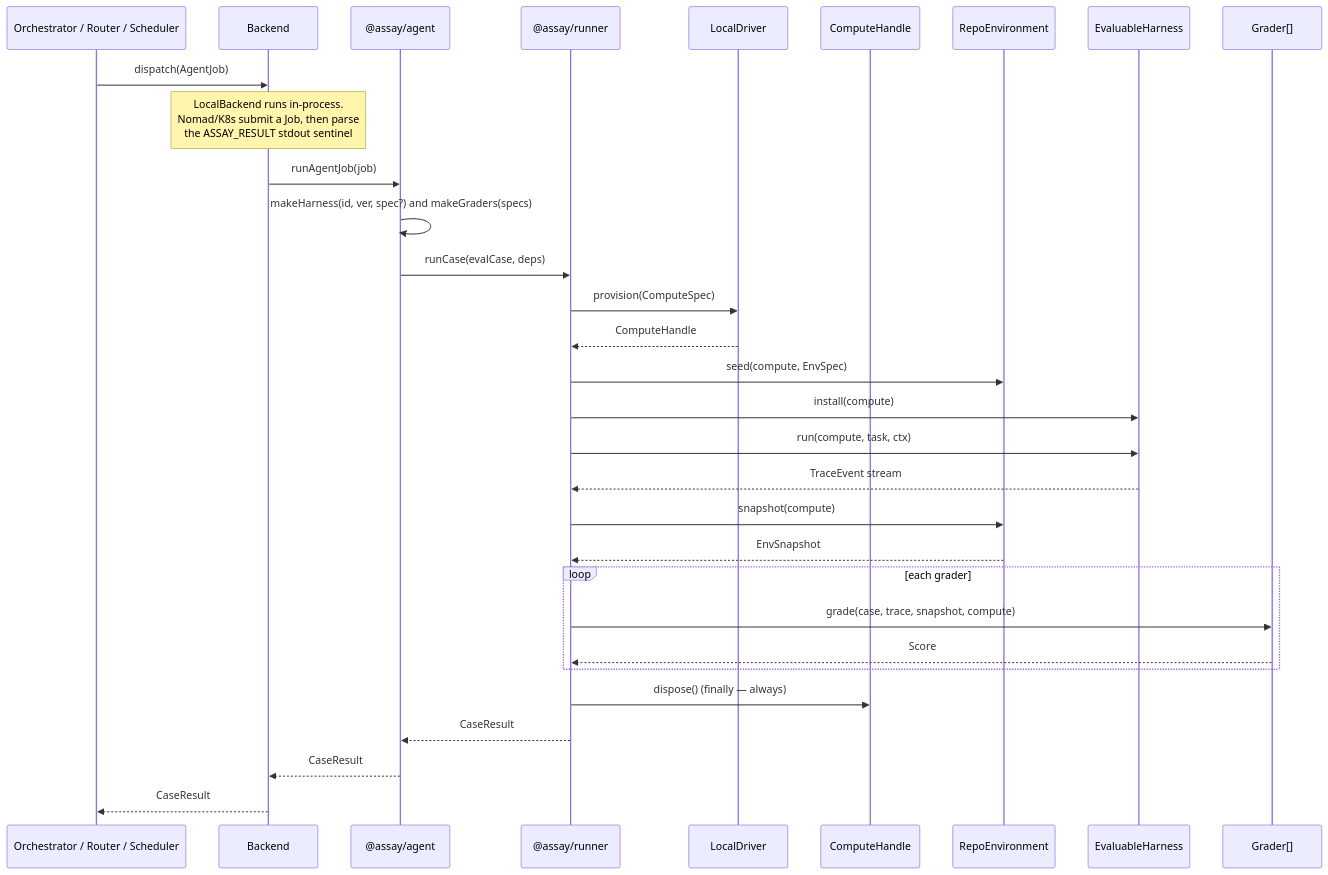
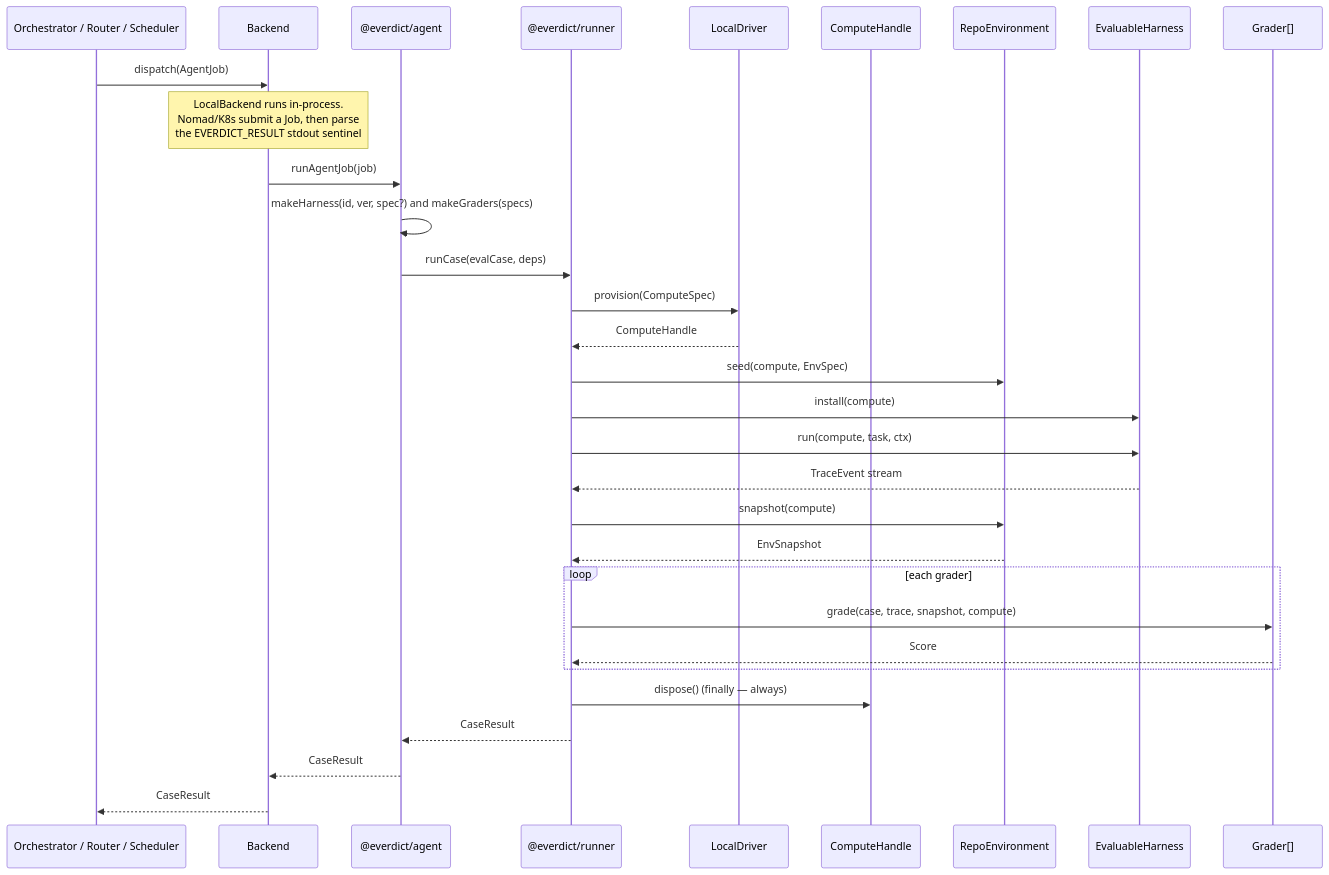
The second of 24 diagrams in docs/architecture/collaboration.md (everdict/everdict), drawn with Mermaid before and after one commit. The commit also changed other lines of this file and 627 other files, not shown here.

````diff
--- a/docs/architecture/collaboration.md
+++ b/docs/architecture/collaboration.md
@@ -132,34 +132,34 @@
 ```mermaid
 sequenceDiagram
   participant Caller as Orchestrator / Router / Scheduler
   participant Backend
-  participant Agent as @assay/agent
-  participant Runner as @assay/runner
+  participant Agent as @everdict/agent
+  participant Runner as @everdict/runner
   participant Driver as LocalDriver
   participant Compute as ComputeHandle
   participant Env as RepoEnvironment
   participant Harness as EvaluableHarness
   participant Grader as Grader[]
 
   Caller->>Backend: dispatch(AgentJob)
-  Note over Backend: LocalBackend runs in-process.<br/>Nomad/K8s submit a Job, then parse<br/>the ASSAY_RESULT stdout sentinel
+  Note over Backend: LocalBackend runs in-process.<br/>Nomad/K8s submit a Job, then parse<br/>the EVERDICT_RESULT stdout sentinel
   Backend->>Agent: runAgentJob(job)
   Agent->>Agent: makeHarness(id, ver, spec?) and makeGraders(specs)
   Agent->>Runner: runCase(evalCase, deps)
   Runner->>Driver: provision(ComputeSpec)
   Driver-->>Runner: ComputeHandle
   Runner->>Env: seed(compute, EnvSpec)
   Runner->>Harness: install(compute)
   Runner->>Harness: run(compute, task, ctx)
   Harness-->>Runner: TraceEvent stream
   Runner->>Env: snapshot(compute)
   Env-->>Runner: EnvSnapshot
   loop each grader
     Runner->>Grader: grade(case, trace, snapshot, compute)
     Grader-->>Runner: Score
   end
   Runner->>Compute: dispose()  (finally — always)
   Runner-->>Agent: CaseResult
   Agent-->>Backend: CaseResult
   Backend-->>Caller: CaseResult
 ```
````
